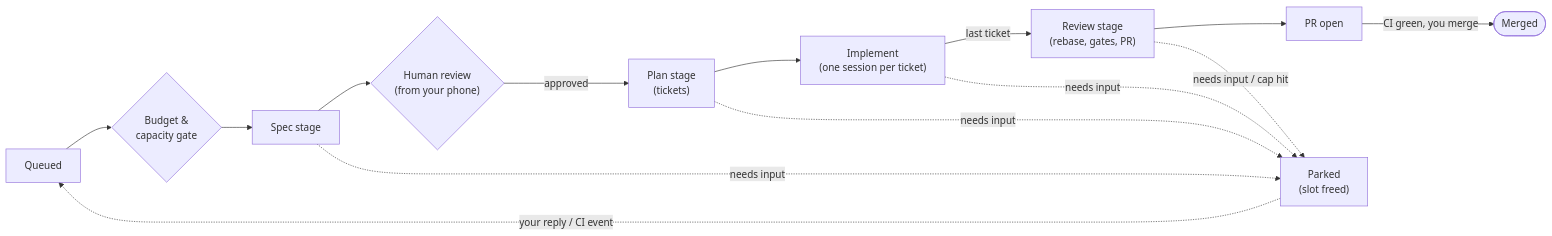
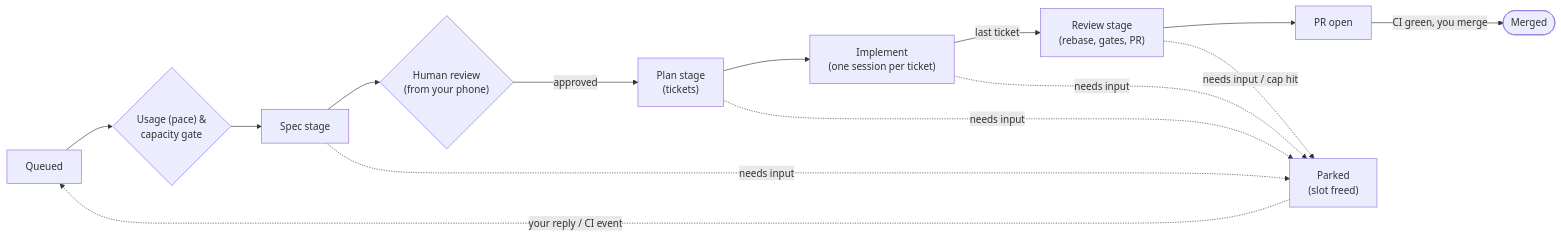
The second of 2 diagrams in README.md (jesdi/agent-ops), drawn with Mermaid before and after one commit. The commit also changed other lines of this file and 1 other file, not shown here.

Commit message:
docs: usage pace gate language and README

````diff
--- a/README.md
+++ b/README.md
@@ -75,17 +78,17 @@
 ```mermaid
 flowchart LR
-    queued["Queued"] --> gate{"Budget &<br/>capacity gate"}
+    queued["Queued"] --> gate{"Usage (pace) &<br/>capacity gate"}
     gate --> spec["Spec stage"]
     spec --> review{"Human review<br/>(from your phone)"}
     review -- approved --> plan["Plan stage<br/>(tickets)"]
     plan --> implement["Implement<br/>(one session per ticket)"]
     implement -- last ticket --> codereview["Review stage<br/>(rebase, gates, PR)"]
     codereview --> pr["PR open"]
     pr -- "CI green, you merge" --> done(["Merged"])
 
     spec -. "needs input" .-> parked["Parked<br/>(slot freed)"]
     plan -. "needs input" .-> parked
     implement -. "needs input" .-> parked
     codereview -. "needs input / cap hit" .-> parked
     parked -. "your reply / CI event" .-> queued
 ```
````
